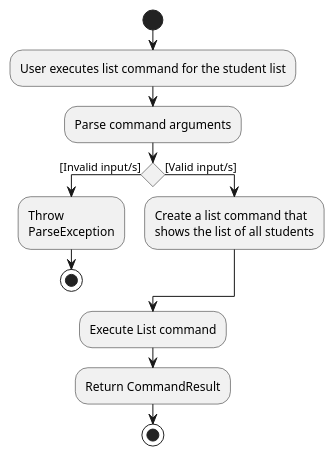
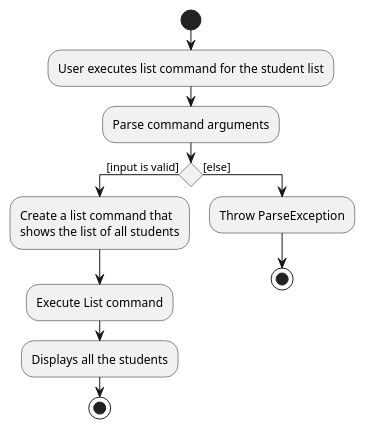
One commit to tenebrius1/tp changed the diagram in docs/diagrams/ListCommandActivityDiagram.puml. Above: the diagram before and after it, drawn with PlantUML. The commit also changed 8 other files, not shown here.

```diff
--- a/docs/diagrams/ListCommandActivityDiagram.puml
+++ b/docs/diagrams/ListCommandActivityDiagram.puml
@@ -1,16 +1,14 @@
 @startuml
 start
 :User executes list command for the student list;
 :Parse command arguments;
 
-if () then ([Invalid input/s])
-    :Throw \nParseException;
+if () then ([input is valid])
+    :Create a list command that\nshows the list of all students;
+    :Execute List command;
+    :Displays all the students;
     stop
-else ([Valid input/s])
-    :Create a list command that\nshows the list of all students;
-
-endif
-    :Execute List command;
-    :Return CommandResult;
+else ([else])
+    :Throw ParseException;
 stop
 @enduml
```
